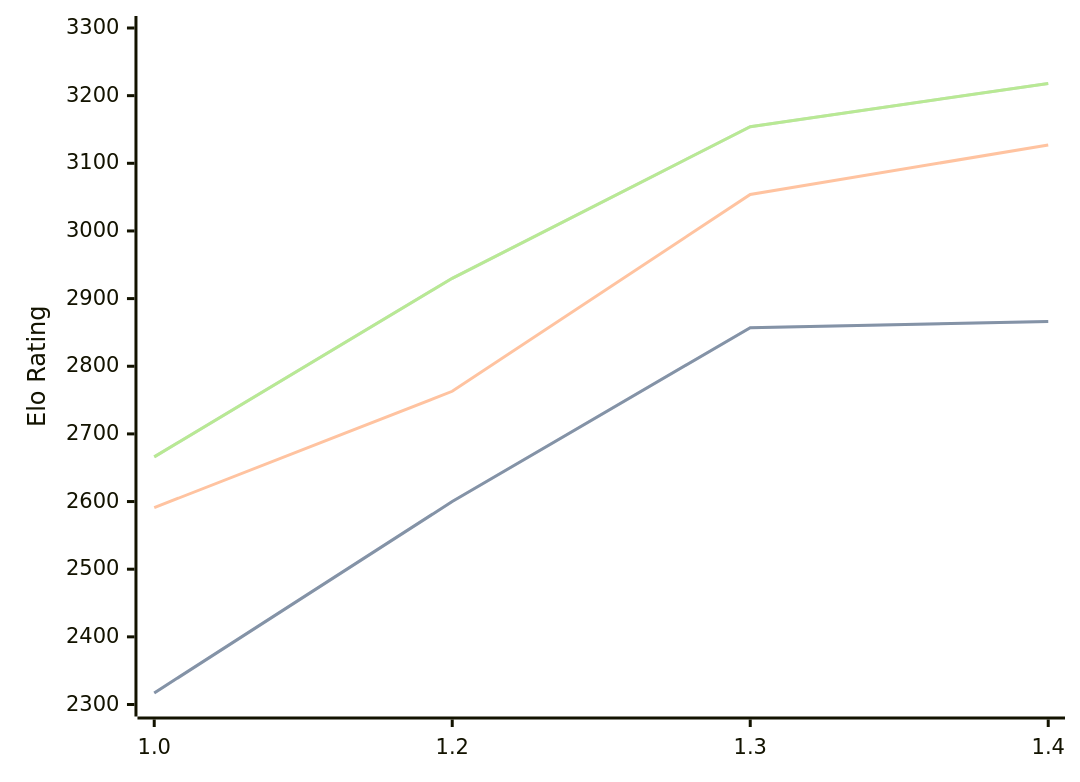
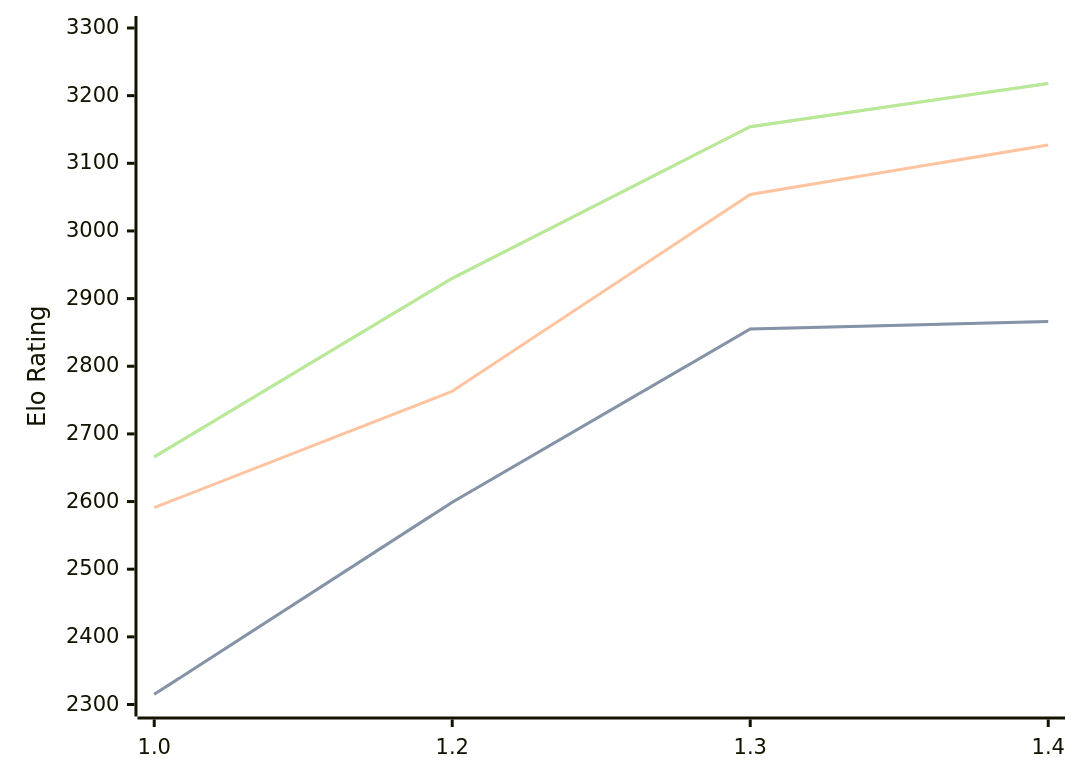
Before and after one commit to computer-chess-index/cci: the first of 3 diagrams in engines/Chessnix.md, drawn with Mermaid. The commit also changed other lines of this file, not shown here.

````diff
--- a/engines/Chessnix.md
+++ b/engines/Chessnix.md
@@ -36,11 +36,11 @@
 ```mermaid
 %%{init: {"theme":"base","themeVariables":{"seriesColors:['#a3a3a3','#222221','#faa371']}}}%%
 xychart-beta
   x-axis ["1.0", "1.2", "1.3", "1.4"]
   y-axis "Elo Rating" 2300 --> 3300
-  line "STC (8.0+0.08s)" [2317, 2600, 2857, 2866]
-  line "STC (8.0+0.08s)" [2317, 2600, 2857, 2866]
+  line "STC (8.0+0.08s)" [2315, 2599, 2855, 2866]
+  line "STC (8.0+0.08s)" [2315, 2599, 2855, 2866]
   line "LTC (60.0+0.60s)" [2591, 2763, 3054, 3127]
   line "VLTC (2m24s+1.12s)" [2666, 2930, 3154, 3218]
   line "VLTC (2m24s+1.12s)" [2666, 2930, 3154, 3218]
 ```
````
